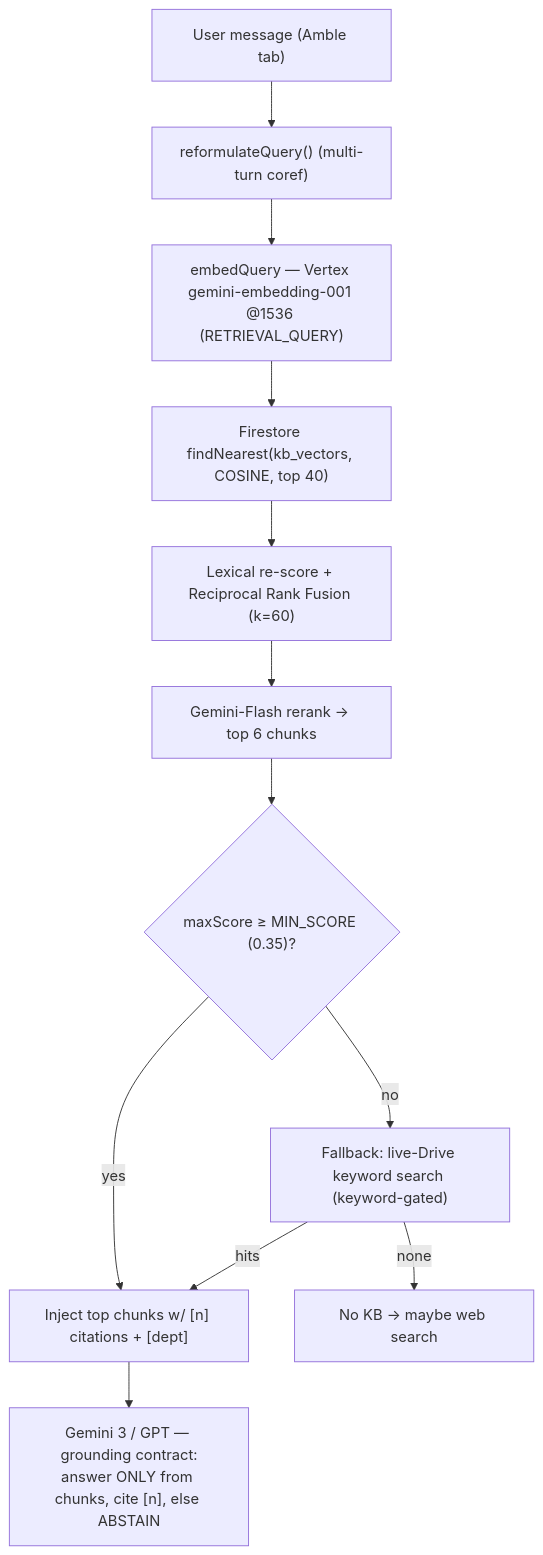
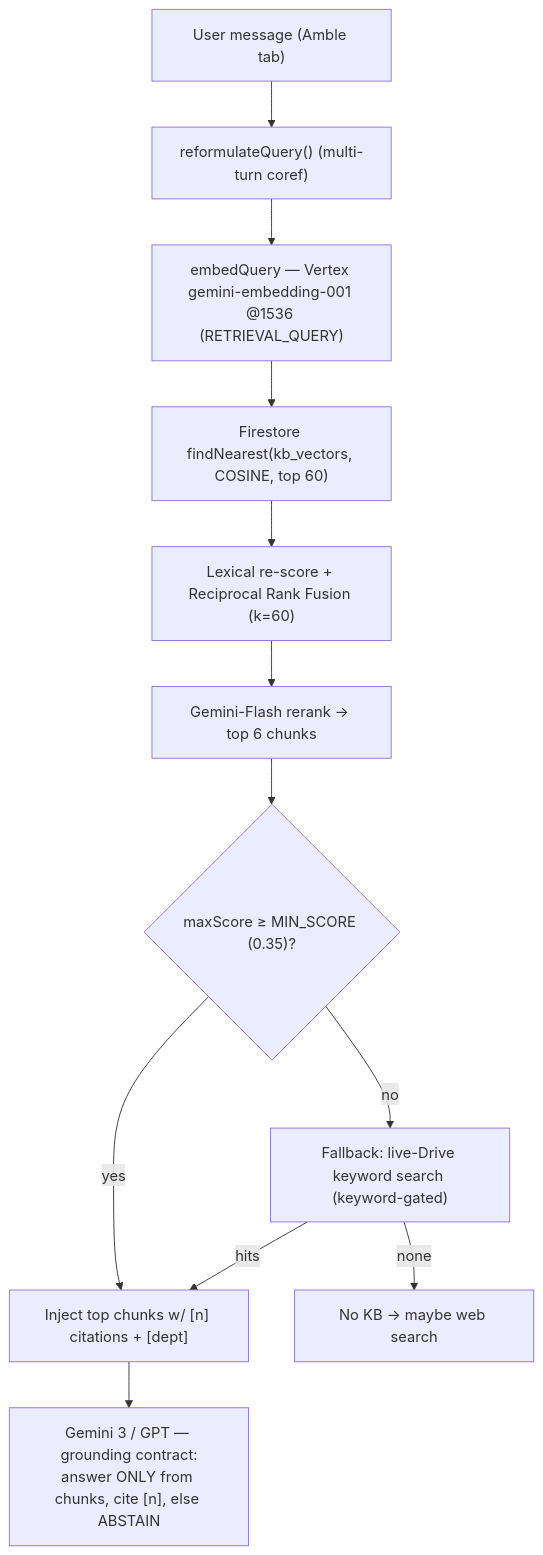
One commit to Havs5/Amble-AI changed the tenth of 13 diagrams in docs/ARCHITECTURE.md. Above: the diagram before and after it, drawn with Mermaid. The commit also changed other lines of this file and 10 other files, not shown here.

````diff
--- a/docs/ARCHITECTURE.md
+++ b/docs/ARCHITECTURE.md
@@ -414,14 +414,14 @@
 ```mermaid
 flowchart TD
     Q["User message (Amble tab)"] --> RF["reformulateQuery() (multi-turn coref)"]
     RF --> EMB["embedQuery — Vertex gemini-embedding-001 @1536 (RETRIEVAL_QUERY)"]
-    EMB --> KNN["Firestore findNearest(kb_vectors, COSINE, top 40)"]
+    EMB --> KNN["Firestore findNearest(kb_vectors, COSINE, top 60)"]
     KNN --> RRF["Lexical re-score + Reciprocal Rank Fusion (k=60)"]
     RRF --> RR["Gemini-Flash rerank → top 6 chunks"]
     RR --> FLOOR{"maxScore ≥ MIN_SCORE (0.35)?"}
     FLOOR -->|yes| INJ["Inject top chunks w/ [n] citations + [dept]"]
     FLOOR -->|no| FB["Fallback: live-Drive keyword search (keyword-gated)"]
     FB -->|hits| INJ
     FB -->|none| WEB["No KB → maybe web search"]
     INJ --> LLM["Gemini 3 / GPT — grounding contract:<br/>answer ONLY from chunks, cite [n], else ABSTAIN"]
 ```
````
